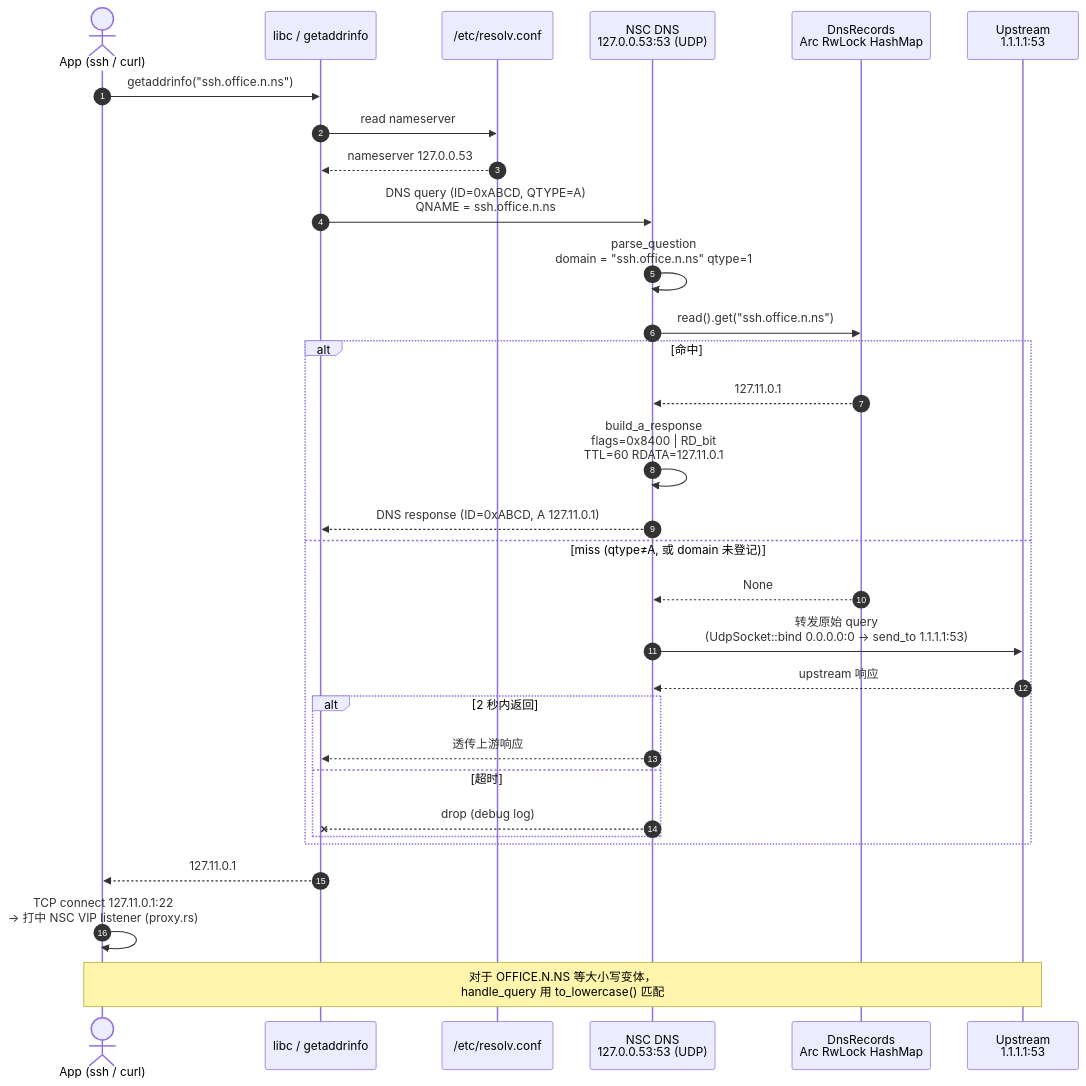
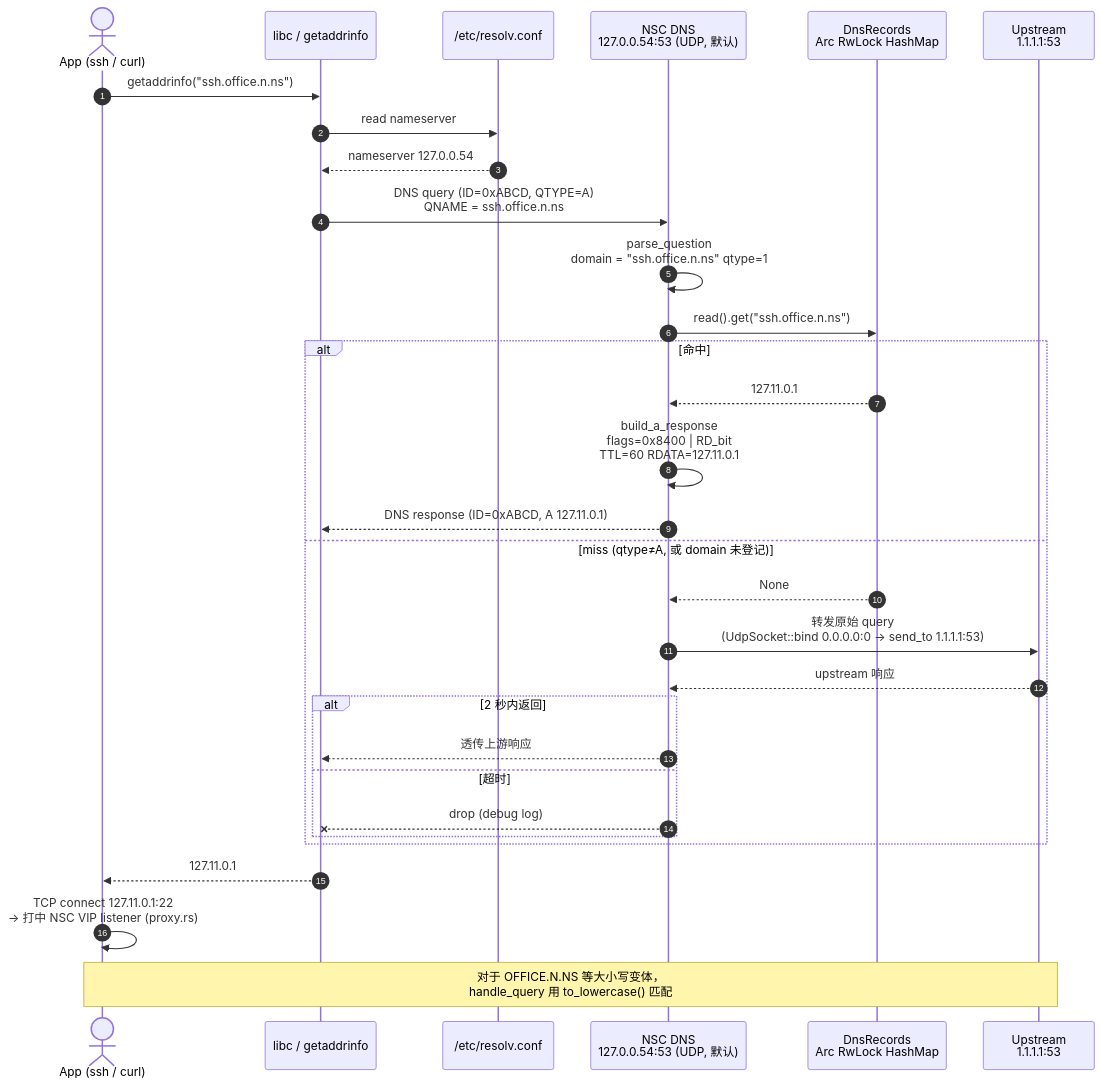
One commit to nsiod/docs changed the diagram in docs/06-nsc-client/diagrams/dns-resolve.mmd. Above: the diagram before and after it, drawn with Mermaid. The commit also changed 8 other files, not shown here.

First line of the commit message:
docs(nsc): change default DNS listener to 127.0.0.54:53 to avoid systemd-resolved

```diff
--- a/docs/06-nsc-client/diagrams/dns-resolve.mmd
+++ b/docs/06-nsc-client/diagrams/dns-resolve.mmd
@@ -1,36 +1,36 @@
 sequenceDiagram
   autonumber
   actor App as App (ssh / curl)
   participant LIBC as libc / getaddrinfo
   participant RC as /etc/resolv.conf
-  participant NSCD as NSC DNS<br/>127.0.0.53:53 (UDP)
+  participant NSCD as NSC DNS<br/>127.0.0.54:53 (UDP, 默认)
   participant MAP as DnsRecords<br/>Arc RwLock HashMap
   participant UP as Upstream<br/>1.1.1.1:53
 
   App->>LIBC: getaddrinfo("ssh.office.n.ns")
   LIBC->>RC: read nameserver
-  RC-->>LIBC: nameserver 127.0.0.53
+  RC-->>LIBC: nameserver 127.0.0.54
   LIBC->>NSCD: DNS query (ID=0xABCD, QTYPE=A)<br/>QNAME = ssh.office.n.ns
 
   NSCD->>NSCD: parse_question<br/>domain = "ssh.office.n.ns" qtype=1
   NSCD->>MAP: read().get("ssh.office.n.ns")
 
   alt 命中
     MAP-->>NSCD: 127.11.0.1
     NSCD->>NSCD: build_a_response<br/>flags=0x8400 | RD_bit<br/>TTL=60 RDATA=127.11.0.1
     NSCD-->>LIBC: DNS response (ID=0xABCD, A 127.11.0.1)
   else miss (qtype≠A, 或 domain 未登记)
     MAP-->>NSCD: None
     NSCD->>UP: 转发原始 query<br/>(UdpSocket::bind 0.0.0.0:0 → send_to 1.1.1.1:53)
     UP-->>NSCD: upstream 响应
     alt 2 秒内返回
       NSCD-->>LIBC: 透传上游响应
     else 超时
       NSCD--xLIBC: drop (debug log)
     end
   end
 
   LIBC-->>App: 127.11.0.1
 
   App->>App: TCP connect 127.11.0.1:22<br/>→ 打中 NSC VIP listener (proxy.rs)
   Note over App,UP: 对于 OFFICE.N.NS 等大小写变体，<br/>handle_query 用 to_lowercase() 匹配
```
